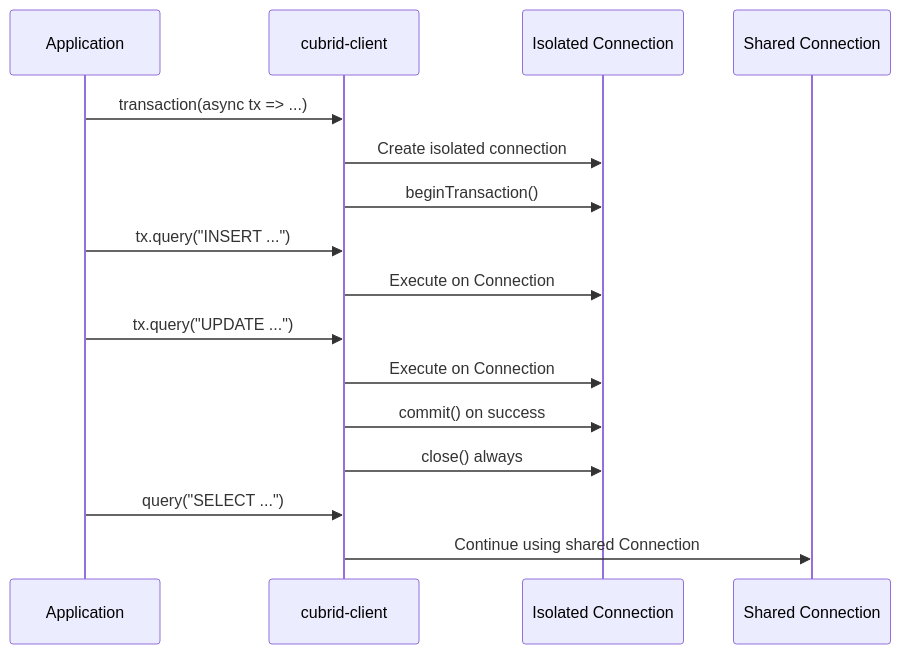
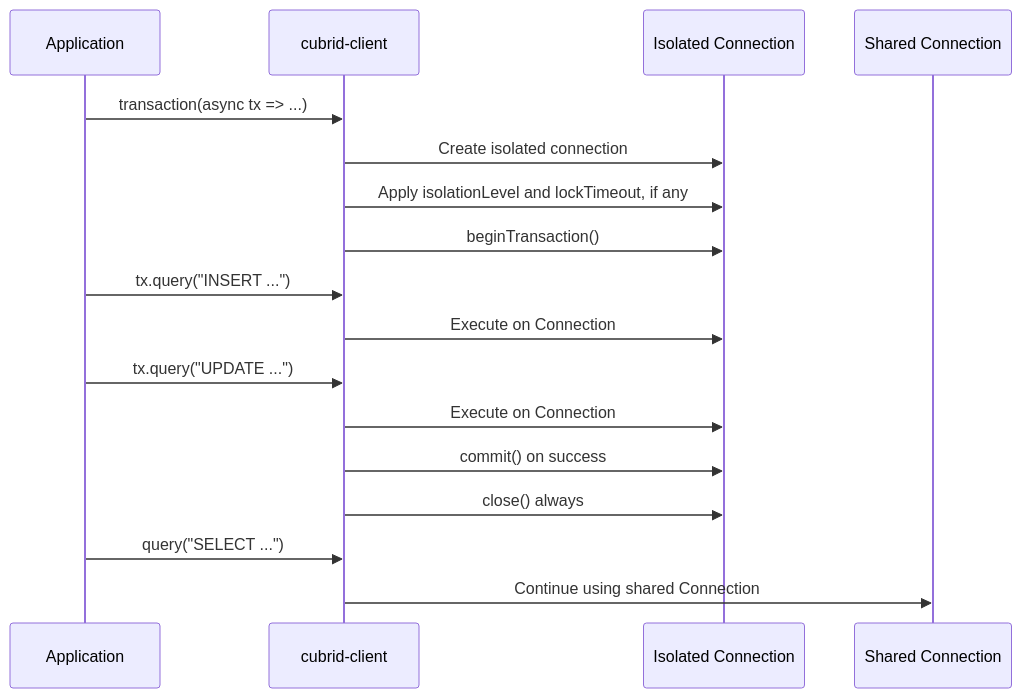
Before and after one commit to cubrid-lab/cubrid-client: the second of 2 diagrams in docs/CONNECTION.md, drawn with Mermaid. The commit also changed other lines of this file and 23 other files, not shown here.

First line of the commit message:
feat: add isolationLevel and lockTimeout options that survive reconnects

````diff
--- a/docs/CONNECTION.md
+++ b/docs/CONNECTION.md
@@ -247,19 +322,20 @@
 ```mermaid
 sequenceDiagram
     participant App as Application
     participant Client as cubrid-client
     participant Conn2 as Isolated Connection #2
     participant Conn1 as Shared Connection #1
 
     App->>Client: transaction(async tx => ...)
     Client->>Conn2: Create isolated connection
+    Client->>Conn2: Apply isolationLevel and lockTimeout, if any
     Client->>Conn2: beginTransaction()
     App->>Client: tx.query("INSERT ...")
     Client->>Conn2: Execute on Connection #2
     App->>Client: tx.query("UPDATE ...")
     Client->>Conn2: Execute on Connection #2
     Client->>Conn2: commit() on success
     Client->>Conn2: close() always
     App->>Client: query("SELECT ...")
     Client->>Conn1: Continue using shared Connection #1
 ```
````
